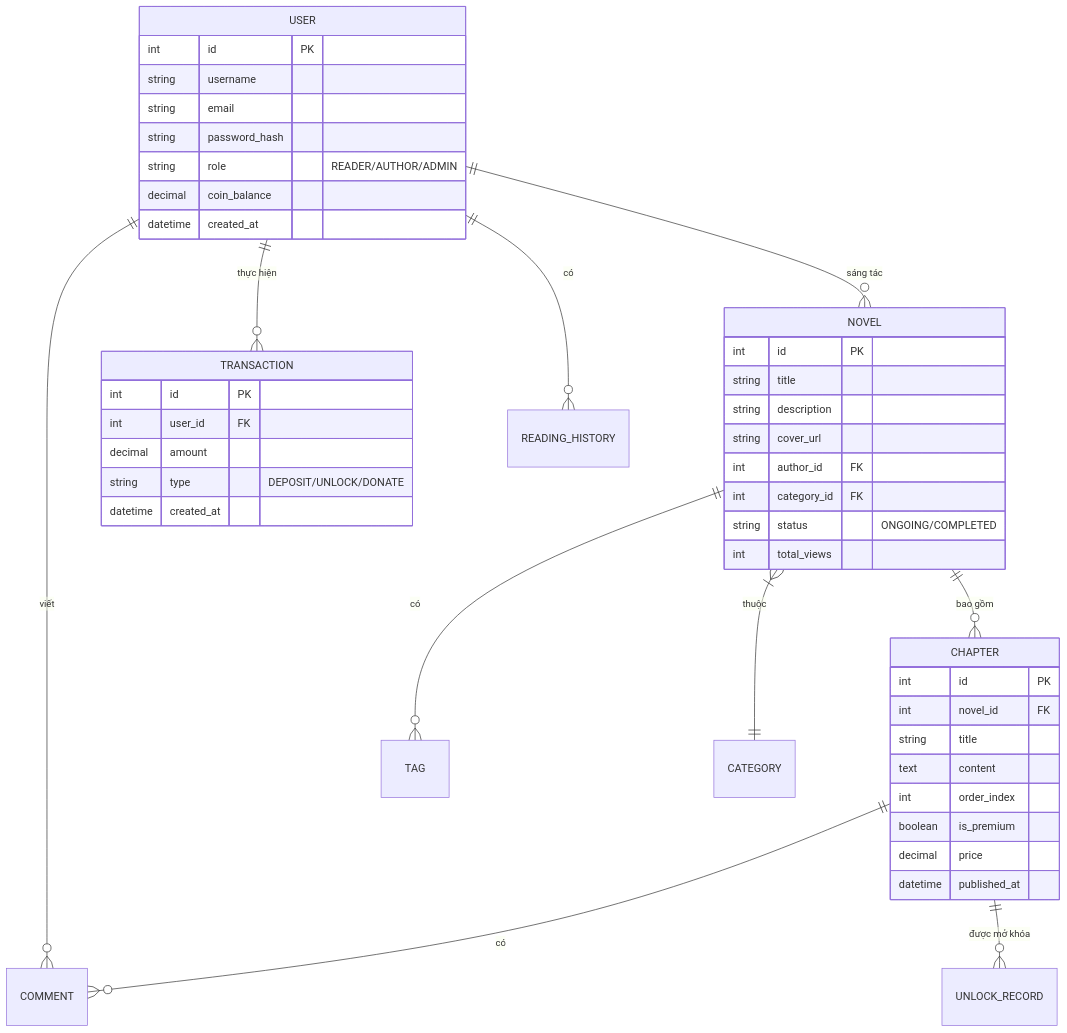
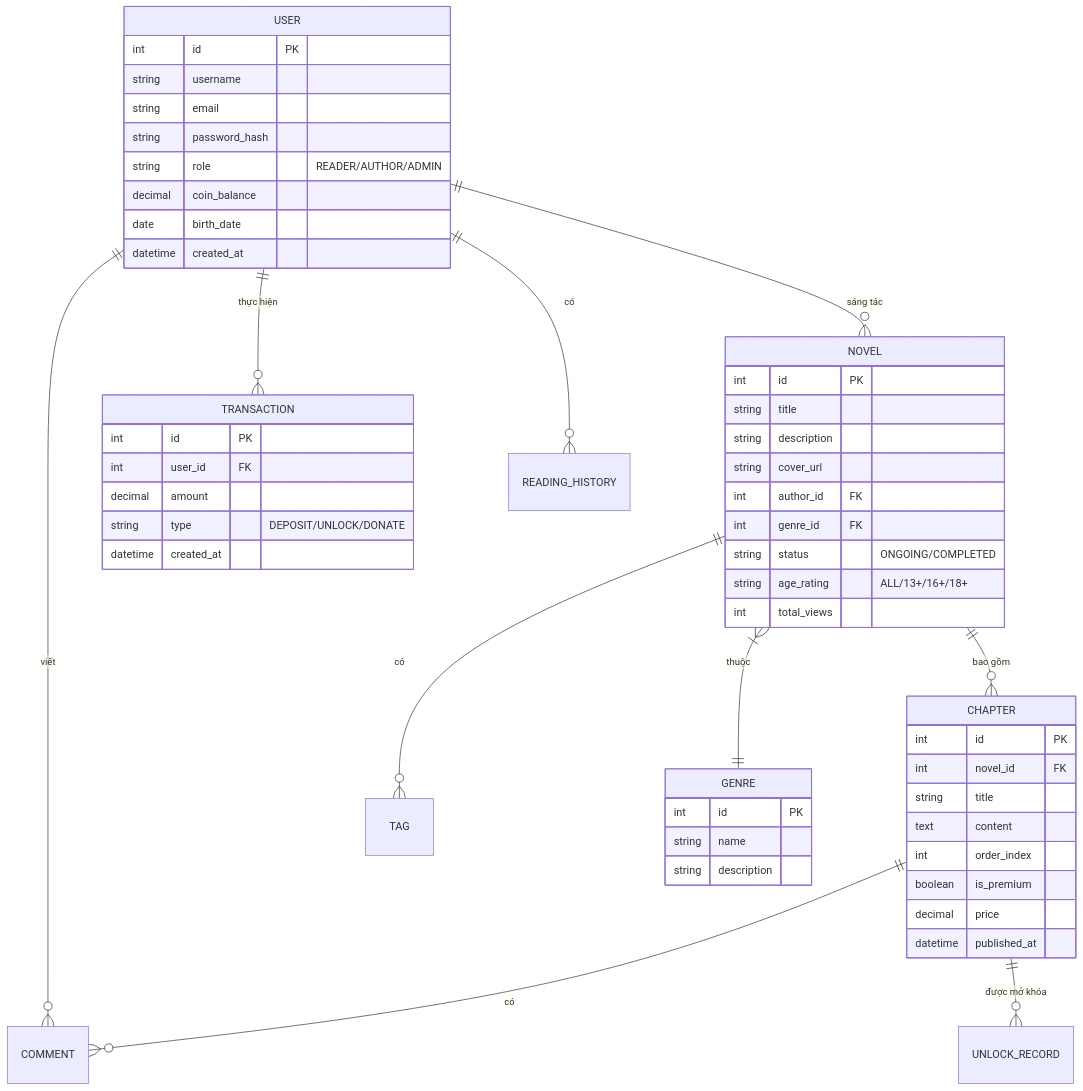
Before and after one commit to Ephurin/SRA: the diagram in SRA_doc/Phase_2/06_Entity_Relationship_Analysis.md, drawn with Mermaid. The commit also changed other lines of this file, not shown here.

Commit message:
update docs for phase 2

````diff
--- a/SRA_doc/Phase_2/06_Entity_Relationship_Analysis.md
+++ b/SRA_doc/Phase_2/06_Entity_Relationship_Analysis.md
@@ -7,54 +7,62 @@
 ```mermaid
 erDiagram
     USER ||--o{ NOVEL : "sáng tác"
     USER ||--o{ COMMENT : "viết"
     USER ||--o{ TRANSACTION : "thực hiện"
     USER ||--o{ READING_HISTORY : "có"
     
     NOVEL ||--o{ CHAPTER : "bao gồm"
     NOVEL ||--o{ TAG : "có"
-    NOVEL }|--|| CATEGORY : "thuộc"
+    NOVEL }|--|| GENRE : "thuộc"
     
     CHAPTER ||--o{ COMMENT : "có"
     CHAPTER ||--o{ UNLOCK_RECORD : "được mở khóa"
     
     USER {
         int id PK
         string username
         string email
         string password_hash
         string role "READER/AUTHOR/ADMIN"
         decimal coin_balance
+        date birth_date
         datetime created_at
     }
     
     NOVEL {
         int id PK
         string title
         string description
         string cover_url
         int author_id FK
-        int category_id FK
+        int genre_id FK
         string status "ONGOING/COMPLETED"
+        string age_rating "ALL/13+/16+/18+"
         int total_views
+    }
+
+    GENRE {
+        int id PK
+        string name
+        string description
     }
     
     CHAPTER {
         int id PK
         int novel_id FK
         string title
         text content
         int order_index
         boolean is_premium
         decimal price
         datetime published_at
     }
     
     TRANSACTION {
         int id PK
         int user_id FK
         decimal amount
         string type "DEPOSIT/UNLOCK/DONATE"
         datetime created_at
     }
 ```
````
